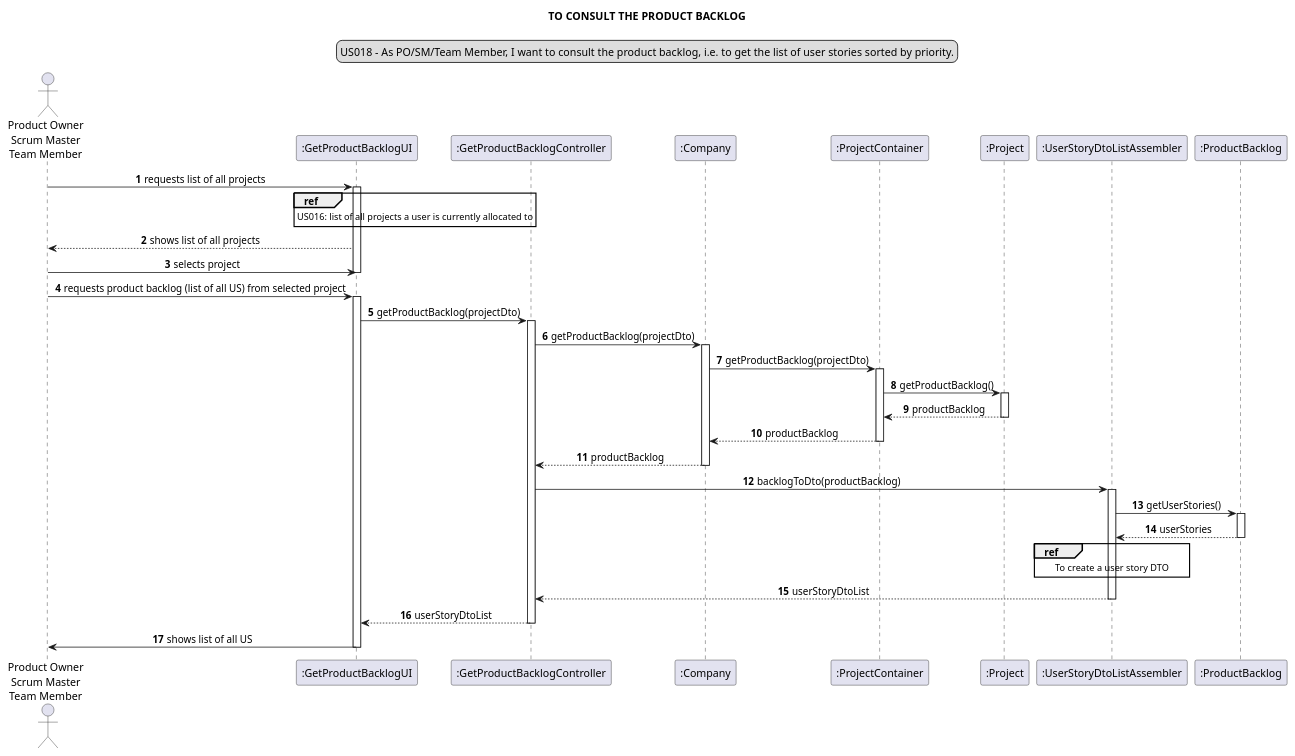
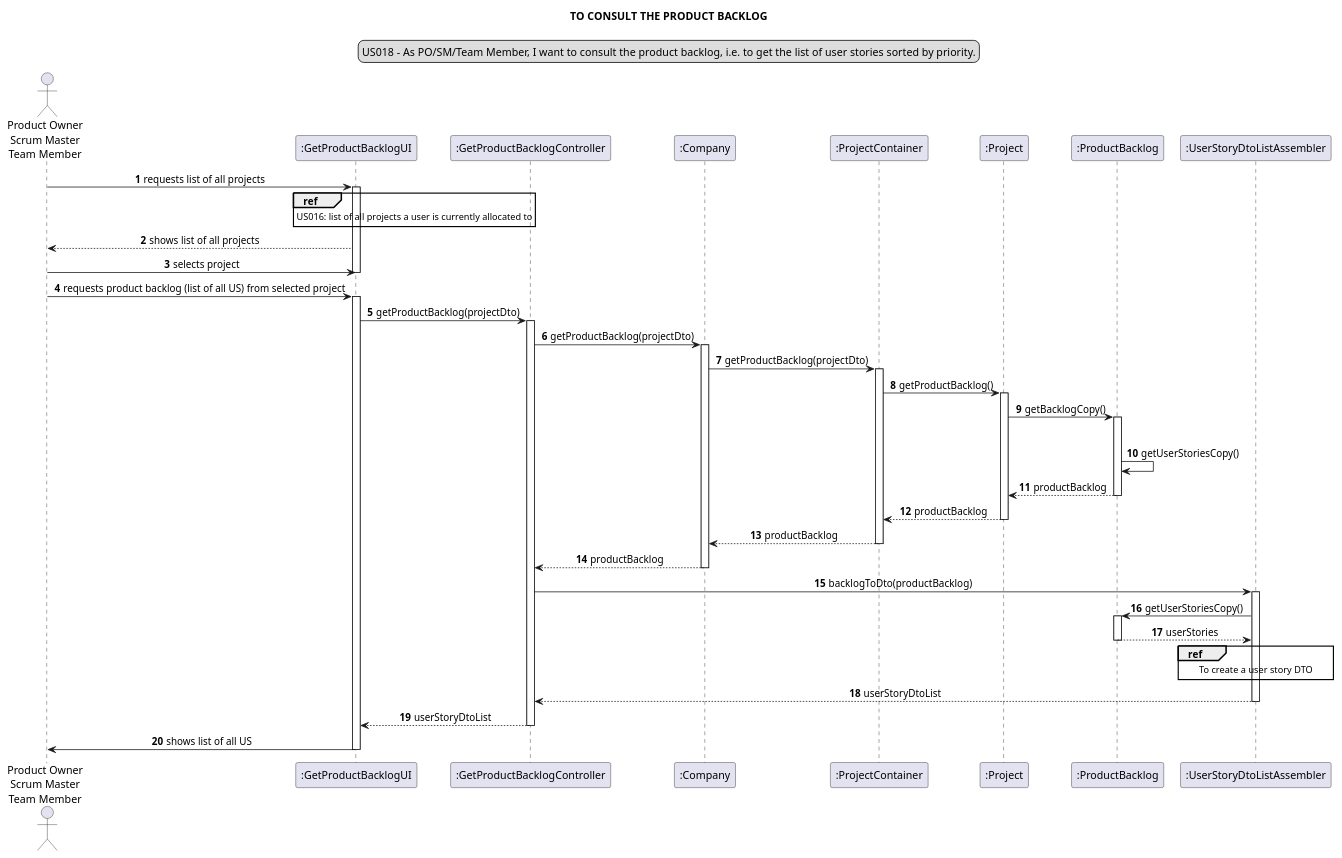
Before and after one commit to Loracline/project_switch_22-23: the diagram in docs/modelling_design/user_stories/sprint03/us018/US018_sequenceDiagram.puml, drawn with PlantUML. The commit also changed 1 other file, not shown here.

Commit message:
US018: Design: Updated sequence diagram (and png file), addresses #25

```diff
--- a/docs/modelling_design/user_stories/sprint03/us018/US018_sequenceDiagram.puml
+++ b/docs/modelling_design/user_stories/sprint03/us018/US018_sequenceDiagram.puml
@@ -1,61 +1,68 @@
 @startuml
 skinparam sequenceMessageAlign center
 title TO CONSULT THE PRODUCT BACKLOG
 legend top
 US018 - As PO/SM/Team Member, I want to consult the product backlog, i.e. to get the list of user stories sorted by priority.
 end legend
 autonumber
 
 actor "Product Owner\nScrum Master\nTeam Member" as actor
 participant ":GetProductBacklogUI" as ui
 participant ":GetProductBacklogController" as controller
 participant ":Company" as company
 participant ":ProjectContainer" as container
 participant ":Project" as project
+participant ":ProductBacklog" as backlog
 participant ":UserStoryDtoListAssembler" as assembler
-participant ":ProductBacklog" as backlog
 
 
 actor -> ui: requests list of all projects
 activate ui
 ref over ui: US016: list of all projects a user is currently allocated to
 
 ui --> actor: shows list of all projects
 actor -> ui: selects project
 deactivate ui
 
 actor -> ui: requests product backlog (list of all US) from selected project
 activate ui
 ui -> controller: getProductBacklog(projectDto)
 activate controller
 controller -> company: getProductBacklog(projectDto)
 activate company
 company -> container: getProductBacklog(projectDto)
 activate container
 
 container -> project: getProductBacklog()
 activate project
+project -> backlog: getBacklogCopy()
 
+loop for each user story in userStories
+activate backlog
+backlog -> backlog: getUserStoriesCopy()
+
+backlog --> project: productBacklog
+deactivate backlog
 
 project --> container: productBacklog
 deactivate project
 container --> company: productBacklog
 deactivate container
 company --> controller: productBacklog
 deactivate company
 controller -> assembler: backlogToDto(productBacklog)
 activate assembler
-assembler -> backlog: getUserStories()
+assembler -> backlog: getUserStoriesCopy()
 activate backlog
 backlog --> assembler: userStories
 deactivate backlog
 ref over assembler: To create a user story DTO
 assembler --> controller: userStoryDtoList
 
 deactivate assembler
 controller --> ui: userStoryDtoList
 deactivate controller
 
 ui -> actor: shows list of all US
 deactivate ui
 @enduml
```
